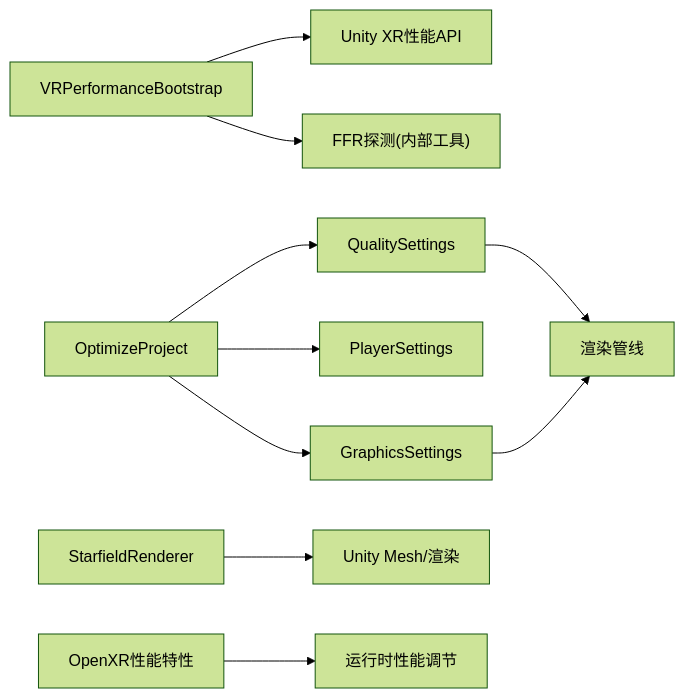
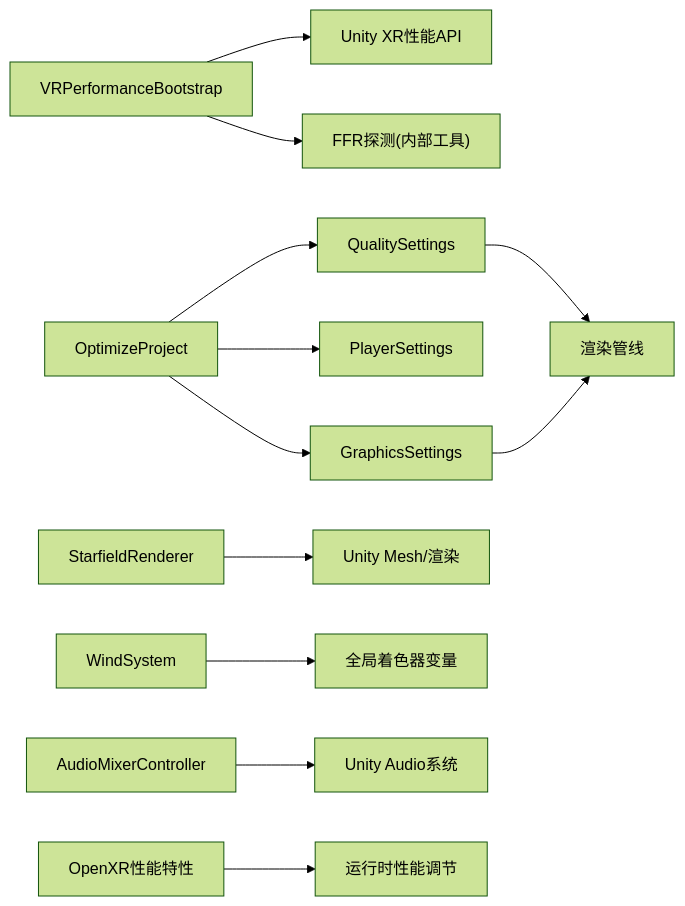
One commit to cpufreestyle/InkRidge changed the eighth of 8 diagrams in .qoder/repowiki/zh/content/性能优化/性能优化.md. Above: the diagram before and after it, drawn with Mermaid (forest theme). The commit also changed other lines of this file and 17 other files, not shown here.

````diff
--- a/.qoder/repowiki/zh/content/性能优化/性能优化.md
+++ b/.qoder/repowiki/zh/content/性能优化/性能优化.md
@@ -229,12 +311,14 @@
 ```mermaid
 graph LR
 VPB["VRPerformanceBootstrap"] --> XR["Unity XR性能API"]
 VPB --> Utils["FFR探测(内部工具)"]
 OP["OptimizeProject"] --> QS["QualitySettings"]
 OP --> PS["PlayerSettings"]
 OP --> GS["GraphicsSettings"]
 SR["StarfieldRenderer"] --> Mesh["Unity Mesh/渲染"]
+WS["WindSystem"] --> Shader["全局着色器变量"]
+AMC["AudioMixerController"] --> Audio["Unity Audio系统"]
 QS --> RP["渲染管线"]
 GS --> RP
 XRFeat["OpenXR性能特性"] --> Runtime["运行时性能调节"]
 ```
````
